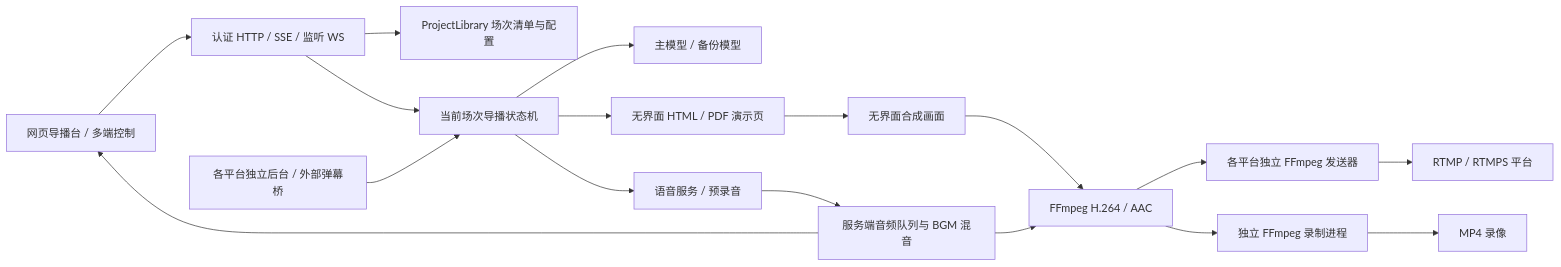
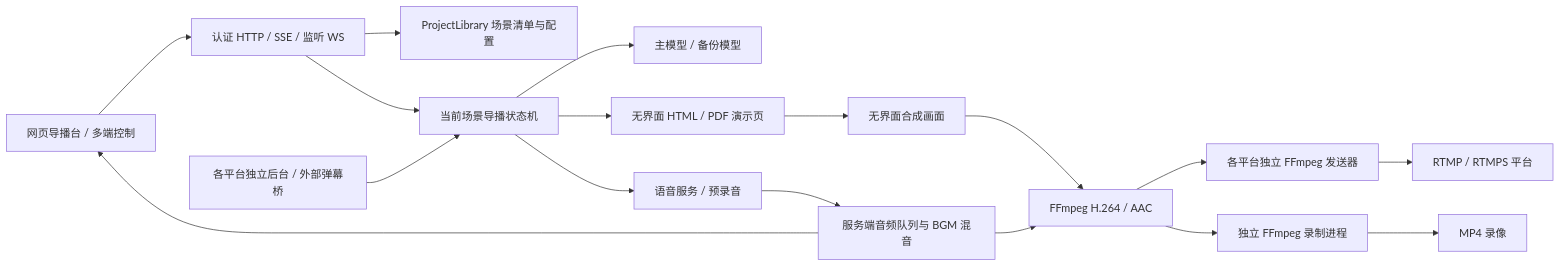
The first of 2 diagrams in docs/architecture.md (sliverp/xiaoyun-studio), drawn with Mermaid before and after one commit. The commit also changed other lines of this file and 111 other files, not shown here.

````diff
--- a/docs/architecture.md
+++ b/docs/architecture.md
@@ -11,19 +11,19 @@
 ```mermaid
 flowchart LR
   Console[网页导播台 / 多端控制] --> HTTP[认证 HTTP / SSE / 监听 WS]
-  HTTP --> Library[ProjectLibrary 场次清单与配置]
-  HTTP --> Director[当前场次导播状态机]
+  HTTP --> Library[ProjectLibrary 场景清单与配置]
+  HTTP --> Director[当前场景导播状态机]
   Channels[各平台独立后台 / 外部弹幕桥] --> Director
   Director --> Model[主模型 / 备份模型]
   Director --> TTS[语音服务 / 预录音]
   Director --> Deck[无界面 HTML / PDF 演示页]
   Deck --> Scene[无界面合成画面]
   TTS --> Mixer[服务端音频队列与 BGM 混音]
   Scene --> Encoder[FFmpeg H.264 / AAC]
   Mixer --> Encoder
   Encoder --> Senders[各平台独立 FFmpeg 发送器]
   Senders --> RTMP[RTMP / RTMPS 平台]
   Encoder --> Recorder[独立 FFmpeg 录制进程]
   Recorder --> Recording[MP4 录像]
   Mixer --> Console
 ```
````
